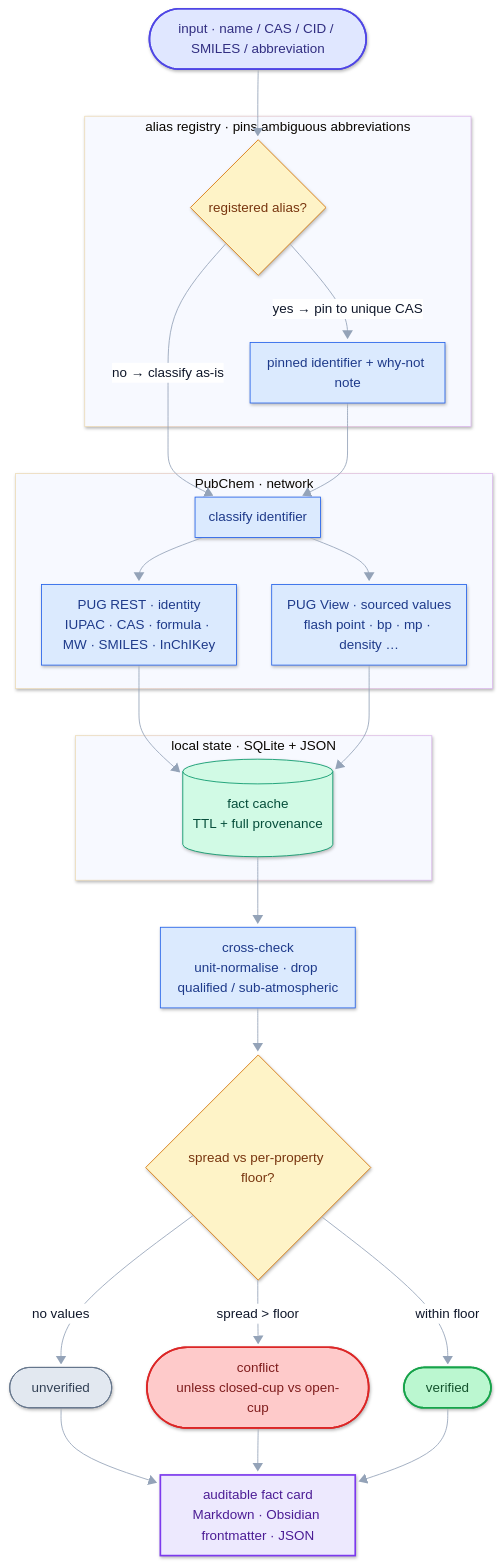
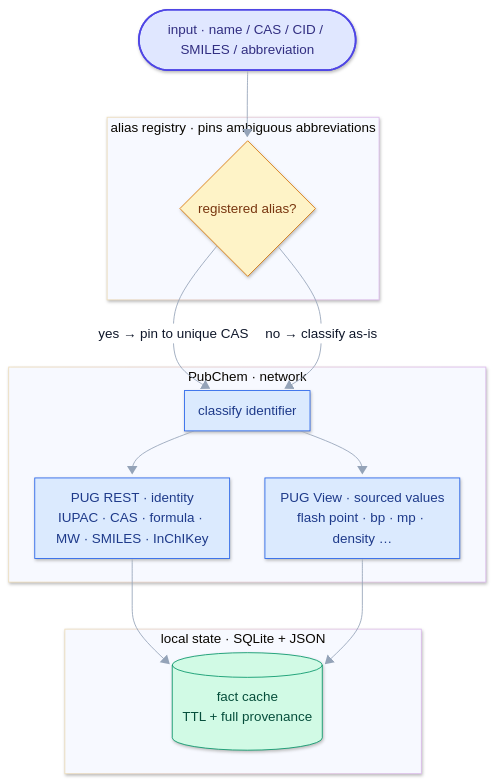
One commit to CL4Y68/chemfacts changed the first of 5 diagrams in README.md. Above: the diagram before and after it, drawn with Mermaid. The commit also changed other lines of this file and 1 other file, not shown here.

First line of the commit message:
diagrams: split the 10-rank pipeline into two short diagrams (readable at page width)

````diff
--- a/README.md
+++ b/README.md
@@ -36,41 +36,31 @@
 ```mermaid
 %%{init: {"look": "neo", "theme": "base", "themeVariables": {"lineColor": "#94a3b8", "primaryTextColor": "#0f172a", "edgeLabelBackground": "#ffffff"}, "flowchart": {"curve": "basis", "htmlLabels": true, "nodeSpacing": 42, "rankSpacing": 56, "padding": 10}} }%%
 flowchart TD
     A(["input · name / CAS / CID / SMILES / abbreviation"]):::io --> B
 
     subgraph REG["alias registry · pins ambiguous abbreviations"]
         B{"registered alias?"}:::decide
-        B -- "yes → pin to unique CAS" --> C["pinned identifier + why-not note"]:::proc
     end
-    B -- "no → classify as-is" --> D["classify identifier"]:::proc
-    C --> D
+    B -- "yes → pin to unique CAS" --> D["classify identifier"]:::proc
+    B -- "no → classify as-is" --> D
 
     subgraph PUB["PubChem · network"]
         D --> E["PUG REST · identity<br/>IUPAC · CAS · formula · MW · SMILES · InChIKey"]:::proc
         D --> F["PUG View · sourced values<br/>flash point · bp · mp · density …"]:::proc
     end
 
     subgraph LOCAL["local state · SQLite + JSON"]
         E --> G[("fact cache<br/>TTL + full provenance")]:::store
         F --> G
     end
-
-    G --> H["cross-check<br/>unit-normalise · drop qualified / sub-atmospheric"]:::proc
-    H --> I{"spread vs per-property floor?"}:::decide
-    I -- "no values" --> J(["unverified"]):::plain
-    I -- "spread > floor" --> K(["conflict<br/>unless closed-cup vs open-cup"]):::warn
-    I -- "within floor" --> L(["verified"]):::ok
-    J --> M["auditable fact card<br/>Markdown · Obsidian frontmatter · JSON"]:::card
-    K --> M
-    L --> M
     classDef io      fill:#e0e7ff,stroke:#4f46e5,stroke-width:2px,color:#312e81
     classDef proc    fill:#dbeafe,stroke:#2563eb,color:#1e3a8a
     classDef decide  fill:#fef3c7,stroke:#d97706,color:#78350f
     classDef store   fill:#d1fae5,stroke:#059669,color:#064e3b
     classDef ok      fill:#bbf7d0,stroke:#16a34a,stroke-width:2px,color:#14532d
     classDef warn    fill:#fecaca,stroke:#dc2626,stroke-width:2px,color:#7f1d1d
     classDef plain   fill:#e2e8f0,stroke:#64748b,color:#334155
     classDef card   fill:#ede9fe,stroke:#7c3aed,stroke-width:2px,color:#4c1d95
     classDef mcp    fill:#cffafe,stroke:#0891b2,color:#164e63
     classDef ext    fill:#f8fafc,stroke:#94a3b8,stroke-dasharray:5 4,color:#475569
 ```
````
